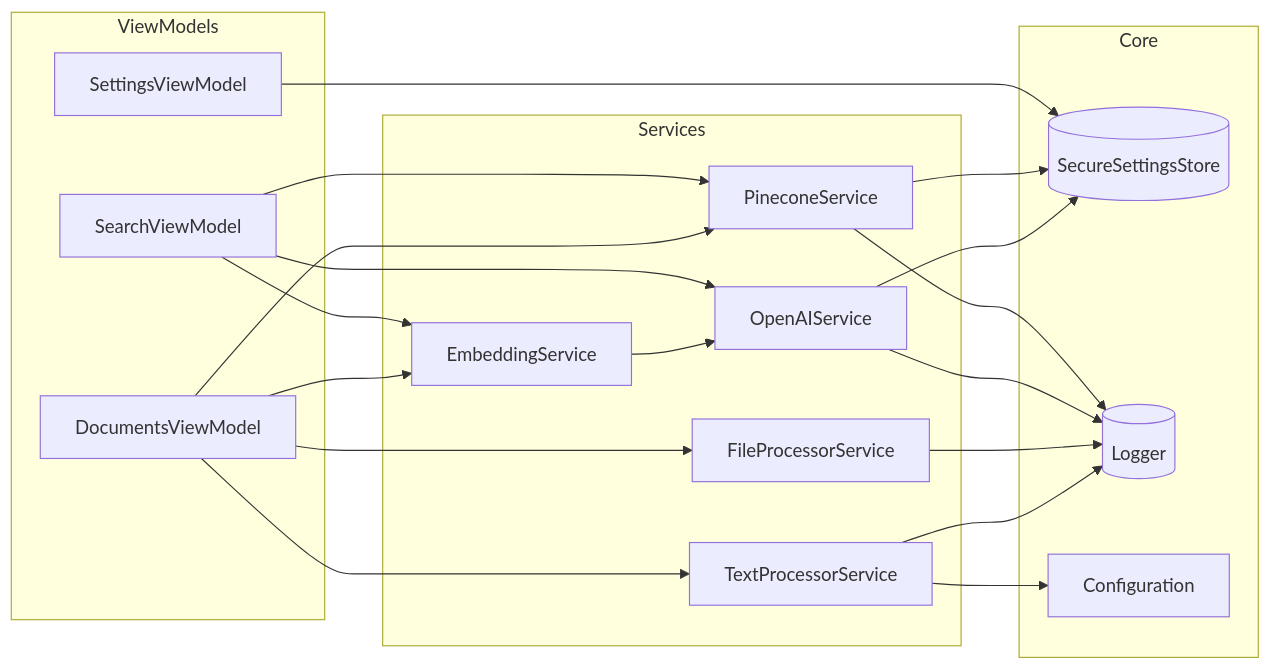
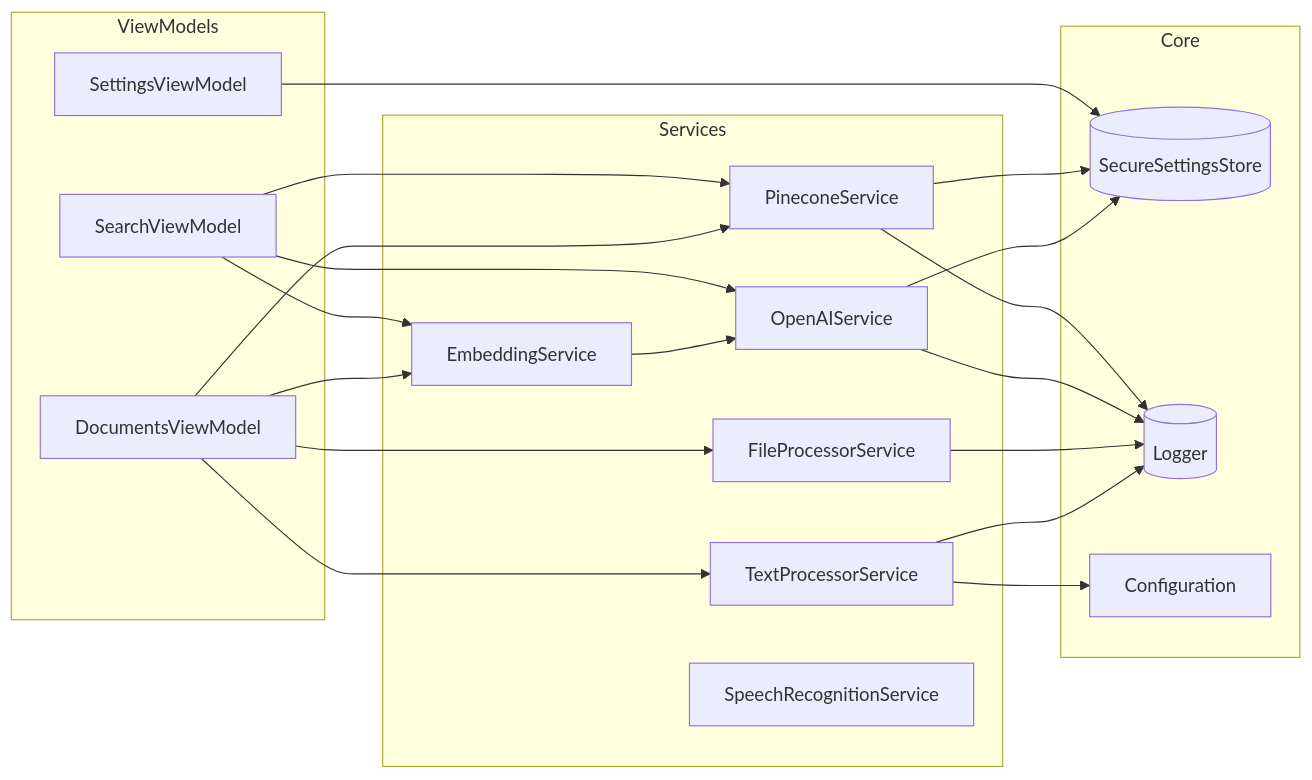
The fifth of 5 diagrams in ARCHITECTURE.md (Gunnarguy/OpenCone), drawn with Mermaid before and after one commit. The commit also changed other lines of this file and 6 other files, not shown here.

First line of the commit message:
chore: update documentation and architecture to reflect new speech recognition features

````diff
--- a/ARCHITECTURE.md
+++ b/ARCHITECTURE.md
@@ -181,32 +184,33 @@
 ```mermaid
 flowchart LR
     subgraph ViewModels
         SVM[SearchViewModel]
         DVM[DocumentsViewModel]
         STVM[SettingsViewModel]
     end
 
     subgraph Services
         ES[EmbeddingService]
         PS[PineconeService]
         OAS[OpenAIService]
         FPS[FileProcessorService]
         TPS[TextProcessorService]
+        SRS[SpeechRecognitionService]
     end
 
     subgraph Core
         SSS[(SecureSettingsStore)]
         LOG[(Logger)]
         CFG[Configuration]
     end
 
     SVM --> ES & PS & OAS
     DVM --> ES & PS & FPS & TPS
     STVM --> SSS
 
     ES --> OAS
     PS --> SSS & LOG
     OAS --> SSS & LOG
     FPS --> LOG
     TPS --> LOG & CFG
 ```
````
